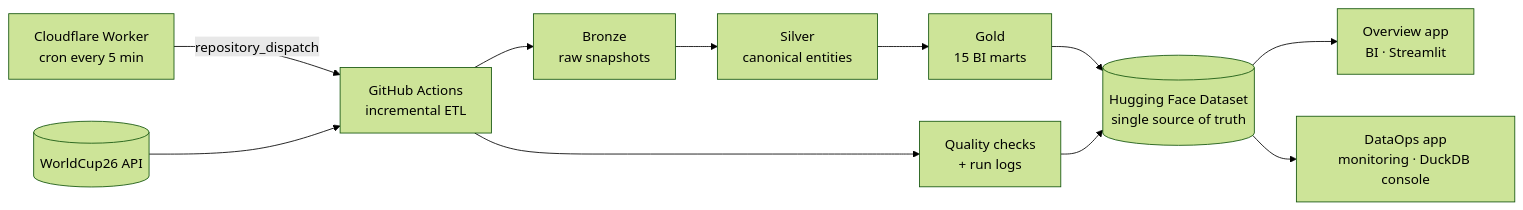
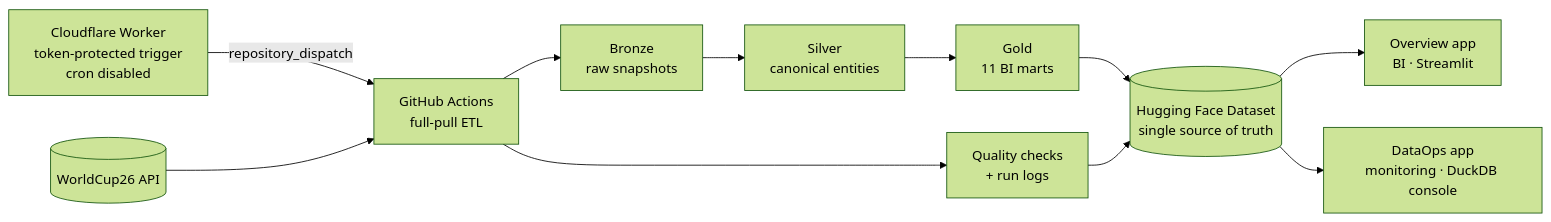
Before and after one commit to duan-n2d/worldcup-pulse: the diagram in README.md, drawn with Mermaid (forest theme). The commit also changed other lines of this file and 2 other files, not shown here.

First line of the commit message:
Require a token for the Worker trigger, drop its cron, align README

````diff
--- a/README.md
+++ b/README.md
@@ -9,13 +9,13 @@
 ```mermaid
 flowchart LR
-    CF[Cloudflare Worker<br/>cron every 5 min] -->|repository_dispatch| GA[GitHub Actions<br/>incremental ETL]
+    CF[Cloudflare Worker<br/>token-protected trigger<br/>cron disabled] -->|repository_dispatch| GA[GitHub Actions<br/>full-pull ETL]
     API[(WorldCup26 API)] --> GA
     GA --> B[Bronze<br/>raw snapshots]
     B --> S[Silver<br/>canonical entities]
-    S --> G[Gold<br/>15 BI marts]
+    S --> G[Gold<br/>11 BI marts]
     GA --> Q[Quality checks<br/>+ run logs]
     G --> HF[(Hugging Face Dataset<br/>single source of truth)]
     Q --> HF
     HF --> OV[Overview app<br/>BI · Streamlit]
     HF --> OPS[DataOps app<br/>monitoring · DuckDB console]
 ```
````
